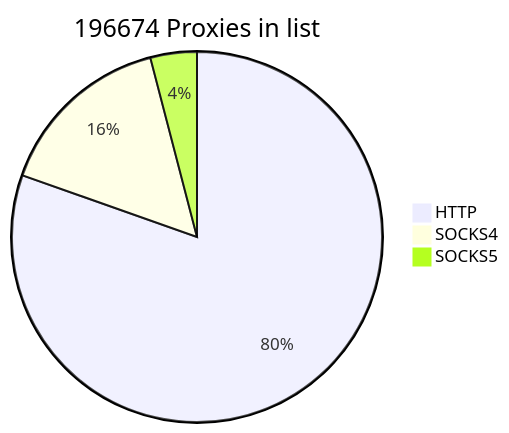
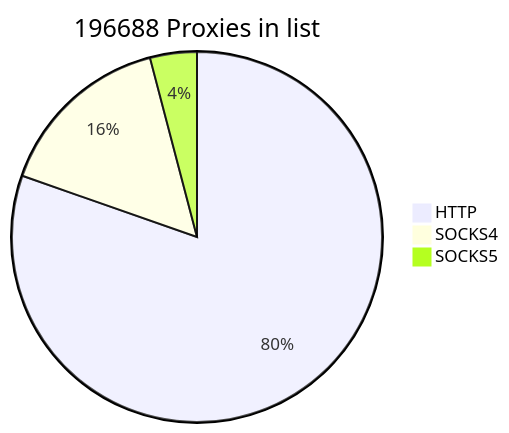
One commit to cutipu/proxylist changed the first of 2 diagrams in README.md. Above: the diagram before and after it, drawn with Mermaid. The commit also changed other lines of this file, not shown here.

````diff
--- a/README.md
+++ b/README.md
@@ -2,7 +2,7 @@
 ```mermaid
-pie title 196674 Proxies in list
-    "HTTP" : 158141
-    "SOCKS4" : 30563
-    "SOCKS5" : 7970
+pie title 196688 Proxies in list
+    "HTTP" : 158071
+    "SOCKS4" : 30581
+    "SOCKS5" : 8036
             
 ```
````
